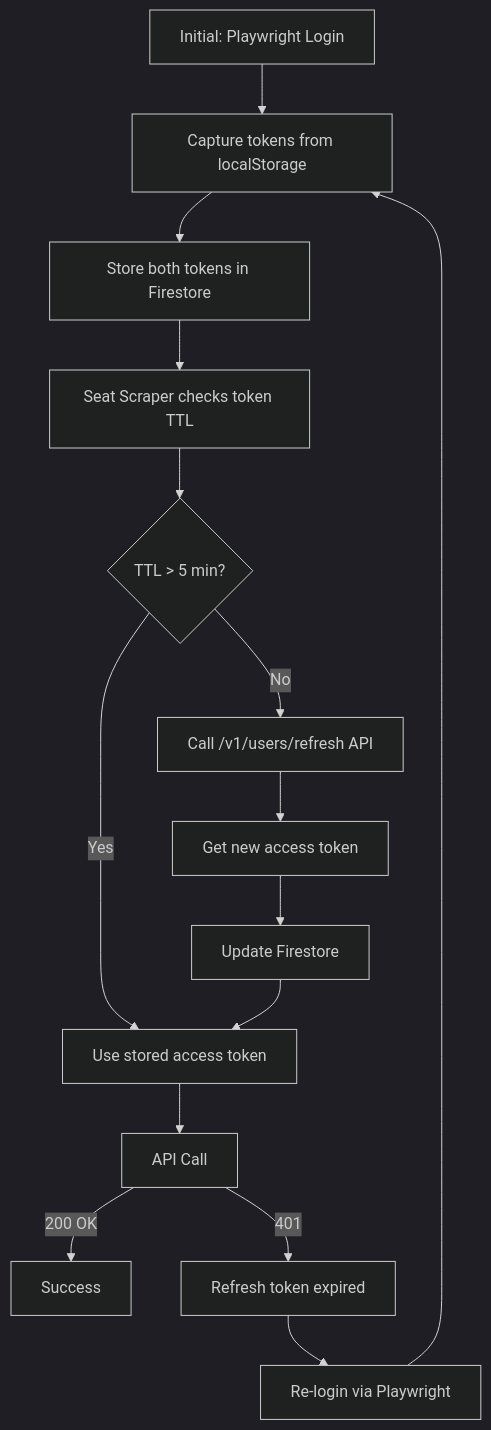
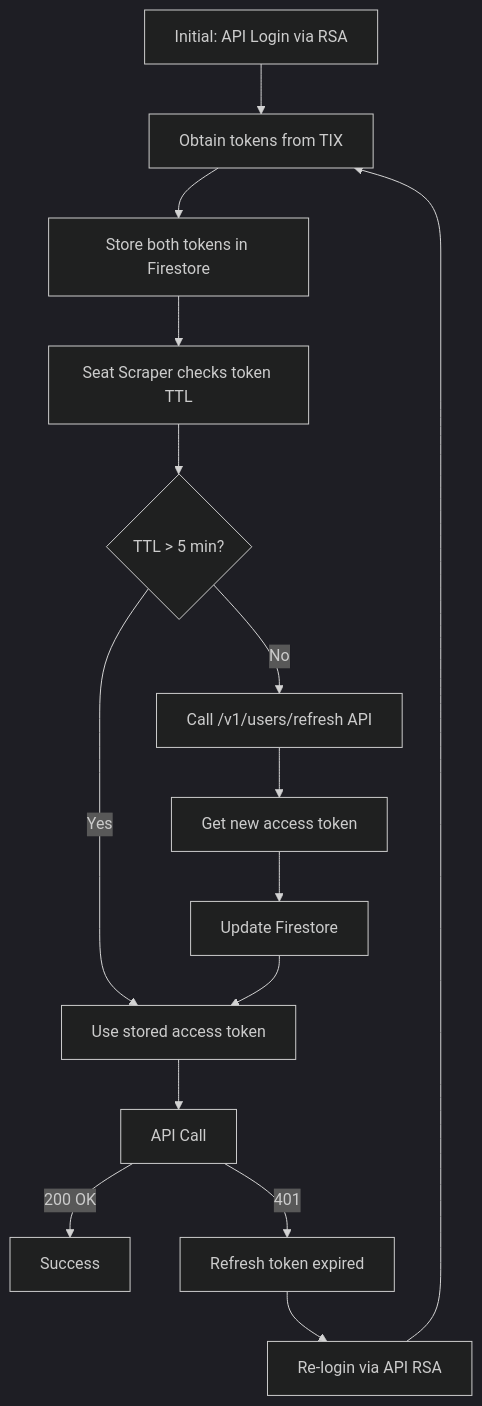
The second of 4 diagrams in docs/01_architecture_and_design.md (okihita/CineRadar), drawn with Mermaid (dark theme) before and after one commit. The commit also changed other lines of this file and 8 other files, not shown here.

````diff
--- a/docs/01_architecture_and_design.md
+++ b/docs/01_architecture_and_design.md
@@ -142,17 +142,17 @@
 ```mermaid
 flowchart TD
-    A[Initial: Playwright Login] --> B[Capture tokens from localStorage]
+    A[Initial: API Login via RSA] --> B[Obtain tokens from TIX]
     B --> C[Store both tokens in Firestore]
     C --> D[Seat Scraper checks token TTL]
     D --> E{TTL > 5 min?}
     E -->|Yes| F[Use stored access token]
     E -->|No| G[Call /v1/users/refresh API]
     G --> H[Get new access token]
     H --> I[Update Firestore]
     I --> F
     F --> J[API Call]
     J -->|200 OK| K[Success]
     J -->|401| L[Refresh token expired]
-    L --> M[Re-login via Playwright]
+    L --> M[Re-login via API RSA]
     M --> B
 ```
````
